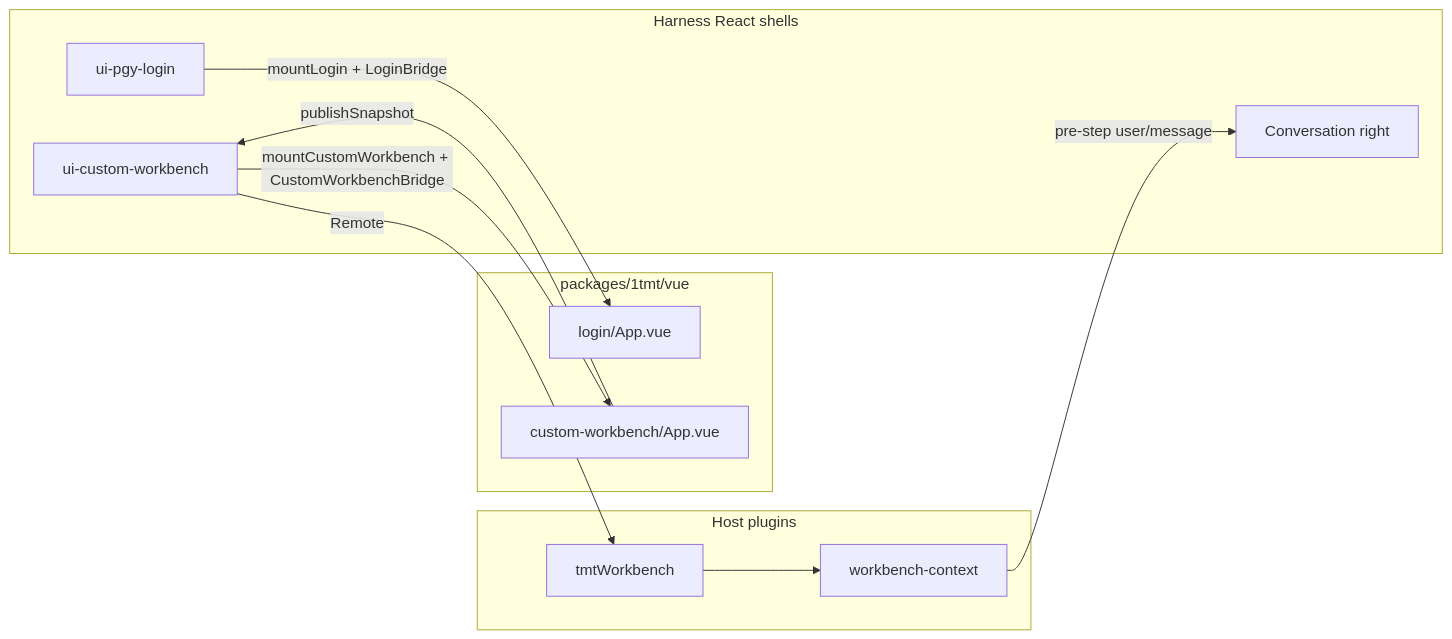
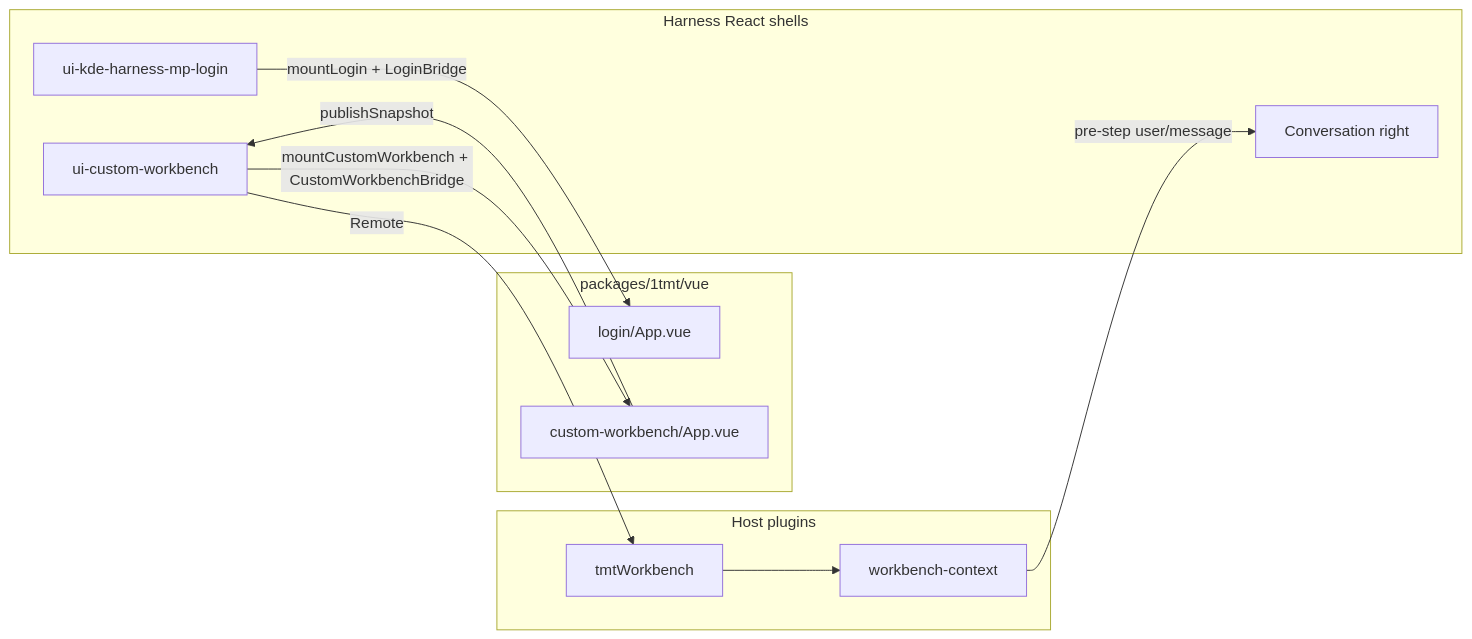
One commit to 1TonMilkTea/deepseek-harness changed the third of 3 diagrams in docs/1tmt/README.md. Above: the diagram before and after it, drawn with Mermaid. The commit also changed other lines of this file and 148 other files, not shown here.

First line of the commit message:
feat(1tmt): 将 pgy 登录与采购入库改为 kde-harness-mp，并让工作台快照可被模型读取

````diff
--- a/docs/1tmt/README.md
+++ b/docs/1tmt/README.md
@@ -277,22 +277,22 @@
 ```mermaid
 flowchart LR
   subgraph react [Harness React shells]
-    pgyHost[ui-pgy-login]
+    loginHost[ui-kde-harness-mp-login]
     customHost[ui-custom-workbench]
     conv[Conversation right]
   end
   subgraph vue [packages/1tmt/vue]
     loginApp[login/App.vue]
     customApp[custom-workbench/App.vue]
   end
   subgraph host [Host plugins]
     workbench[tmtWorkbench]
     ctxPlugin[workbench-context]
   end
-  pgyHost -->|mountLogin + LoginBridge| loginApp
+  loginHost -->|mountLogin + LoginBridge| loginApp
   customHost -->|mountCustomWorkbench + CustomWorkbenchBridge| customApp
   customApp -->|publishSnapshot| customHost
   customHost -->|Remote| workbench
   workbench --> ctxPlugin
   ctxPlugin -->|pre-step user/message| conv
 ```
````
